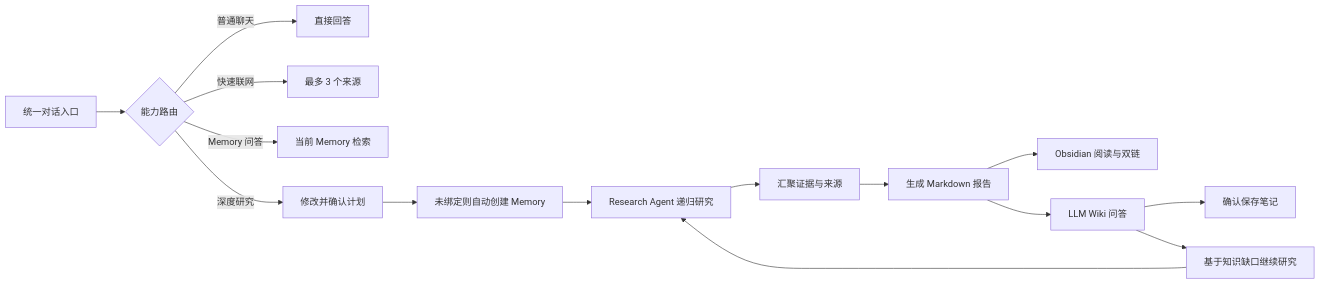
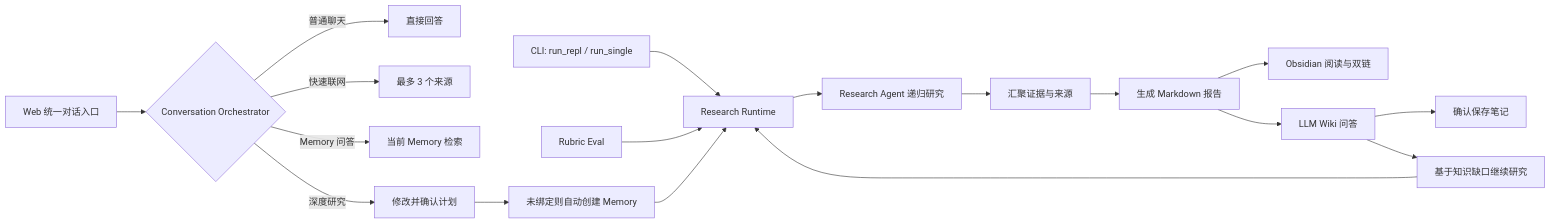
Before and after one commit to boluodaixue/paperpilot: the first of 2 diagrams in README.md, drawn with Mermaid. The commit also changed other lines of this file, not shown here.

````diff
--- a/README.md
+++ b/README.md
@@ -78,17 +84,20 @@
 ```mermaid
 flowchart LR
-    A[统一对话入口] --> B{能力路由}
+    A[Web 统一对话入口] --> B{Conversation Orchestrator}
     B -->|普通聊天| C1[直接回答]
     B -->|快速联网| C2[最多 3 个来源]
     B -->|Memory 问答| C3[当前 Memory 检索]
     B -->|深度研究| C[修改并确认计划]
     C --> C4[未绑定则自动创建 Memory]
-    C4 --> D[Research Agent 递归研究]
-    D --> E[汇聚证据与来源]
+    CLI[CLI: run_repl / run_single] --> D[Research Runtime]
+    EVAL[Rubric Eval] --> D
+    C4 --> D
+    D --> D1[Research Agent 递归研究]
+    D1 --> E[汇聚证据与来源]
     E --> F[生成 Markdown 报告]
     F --> G[Obsidian 阅读与双链]
     F --> H[LLM Wiki 问答]
     H --> I[确认保存笔记]
     H --> J[基于知识缺口继续研究]
     J --> D
 ```
````
